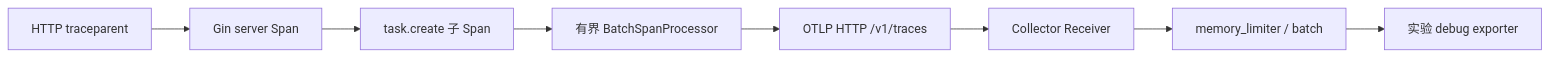
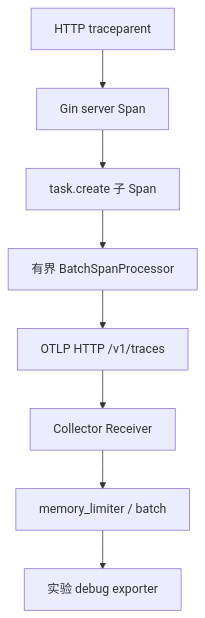
Before and after one commit to newswitch/newswitch.github.io: the diagram in docs/development/gin/06-production/04-日志Metrics与OTLP链路导出.md, drawn with Mermaid. The commit also changed 2 other files, not shown here.

Commit message:
docs(gin): make task and tracing diagrams readable on mobile

````diff
--- a/docs/development/gin/06-production/04-日志Metrics与OTLP链路导出.md
+++ b/docs/development/gin/06-production/04-日志Metrics与OTLP链路导出.md
@@ -21,10 +21,10 @@
 ```mermaid
-flowchart LR
+flowchart TB
     R["HTTP traceparent"] --> M["Gin server Span"]
     M --> B["task.create 子 Span"]
     B --> Q["有界 BatchSpanProcessor"]
     Q --> O["OTLP HTTP /v1/traces"]
     O --> C["Collector Receiver"]
     C --> P["memory_limiter / batch"]
     P --> D["实验 debug exporter"]
 ```
````
